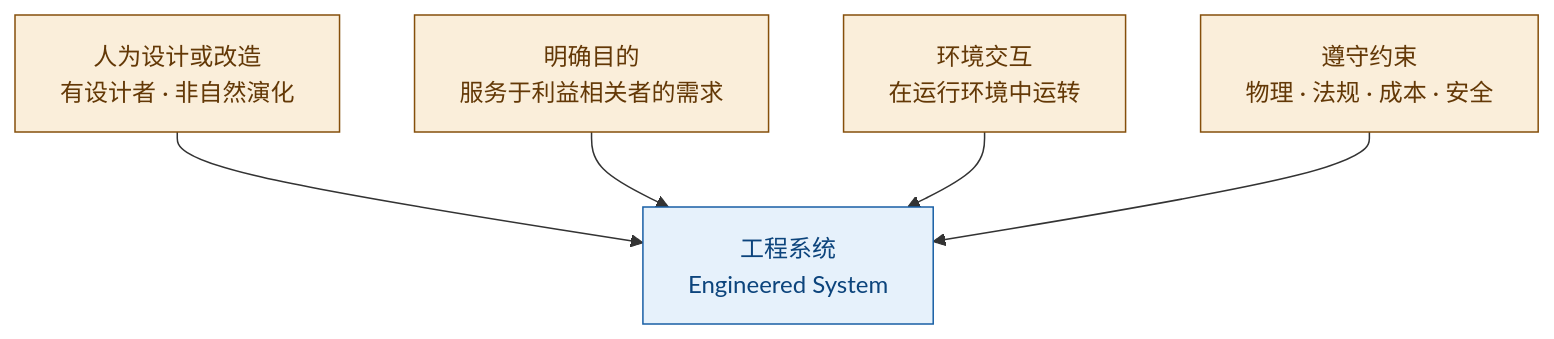
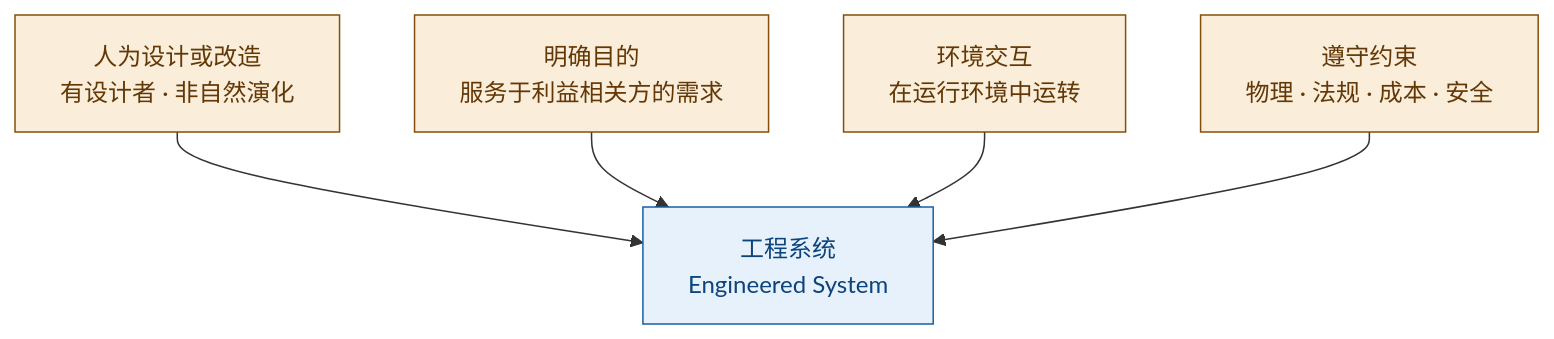
One commit to Yongjunzhou/AOS-system-design changed the ninth of 10 diagrams in 100-subprojects/01-系统工程研究/00-系统工程相关研究报告/05-工程概念研究报告-从定义到系统思维.md. Above: the diagram before and after it, drawn with Mermaid. The commit also changed other lines of this file and 38 other files, not shown here.

````diff
--- a/100-subprojects/01-系统工程研究/00-系统工程相关研究报告/05-工程概念研究报告-从定义到系统思维.md
+++ b/100-subprojects/01-系统工程研究/00-系统工程相关研究报告/05-工程概念研究报告-从定义到系统思维.md
@@ -338,17 +340,17 @@
 ```mermaid
 flowchart TD
     E["工程系统<br/>Engineered System"]
     D["人为设计或改造<br/>有设计者 · 非自然演化"]
-    P["明确目的<br/>服务于利益相关者的需求"]
+    P["明确目的<br/>服务于利益相关方的需求"]
     I["环境交互<br/>在运行环境中运转"]
     C["遵守约束<br/>物理 · 法规 · 成本 · 安全"]
     D --> E
     P --> E
     I --> E
     C --> E
     style E fill:#E6F1FB,stroke:#185FA5,color:#0C447C
     style D fill:#FAEEDA,stroke:#854F0B,color:#633806
     style P fill:#FAEEDA,stroke:#854F0B,color:#633806
     style I fill:#FAEEDA,stroke:#854F0B,color:#633806
     style C fill:#FAEEDA,stroke:#854F0B,color:#633806
 ```
````
